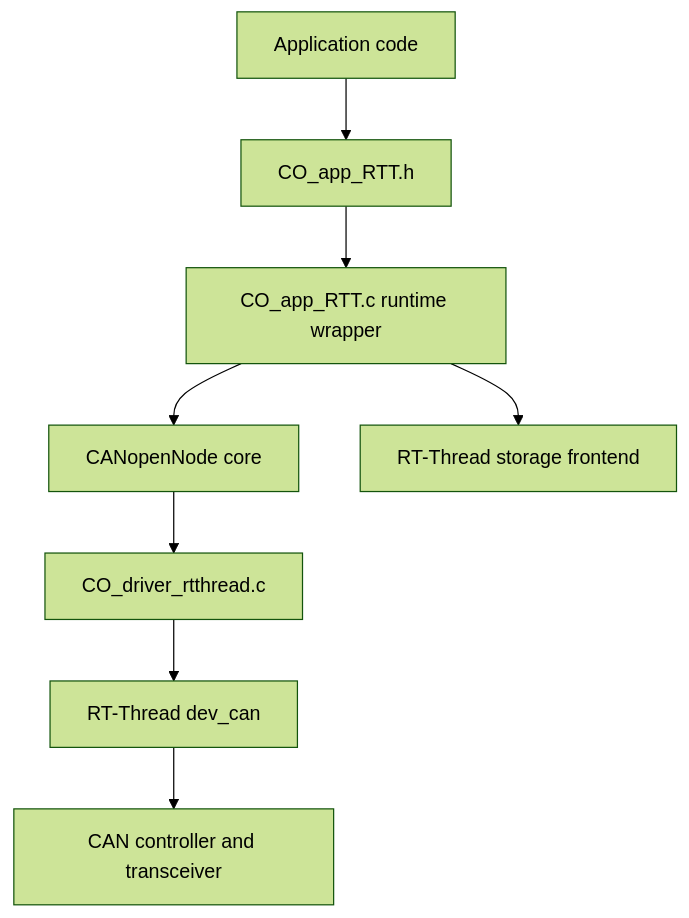
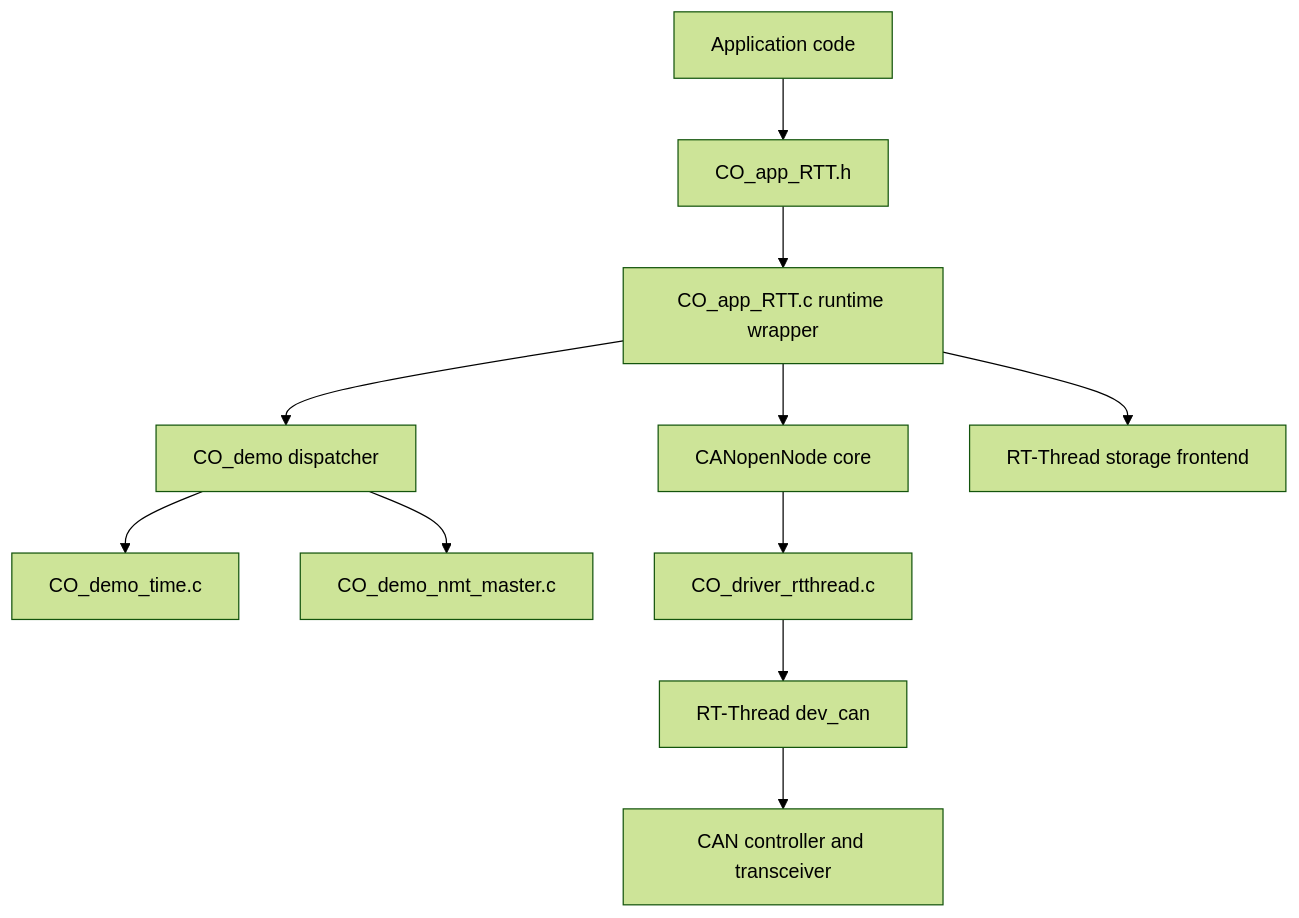
Before and after one commit to wdfk-prog/canopennode-rtt: the first of 3 diagrams in docs/en/rt-thread-integration.md, drawn with Mermaid (forest theme). The commit also changed other lines of this file and 21 other files, not shown here.

First line of the commit message:
feat[CANopenNode][NMT]: add heartbeat-supervised NMT master demo

````diff
--- a/docs/en/rt-thread-integration.md
+++ b/docs/en/rt-thread-integration.md
@@ -9,10 +9,13 @@
 ```mermaid
 flowchart TD
     UserApp[Application code] --> AppAPI[CO_app_RTT.h]
     AppAPI --> Runtime[CO_app_RTT.c runtime wrapper]
+    Runtime --> Demo[CO_demo dispatcher]
+    Demo --> DemoTime[CO_demo_time.c]
+    Demo --> DemoNmt[CO_demo_nmt_master.c]
     Runtime --> CANopen[CANopenNode core]
     Runtime --> Storage[RT-Thread storage frontend]
     CANopen --> Target[CO_driver_rtthread.c]
     Target --> DevCAN[RT-Thread dev_can]
     DevCAN --> Controller[CAN controller and transceiver]
 ```
````
